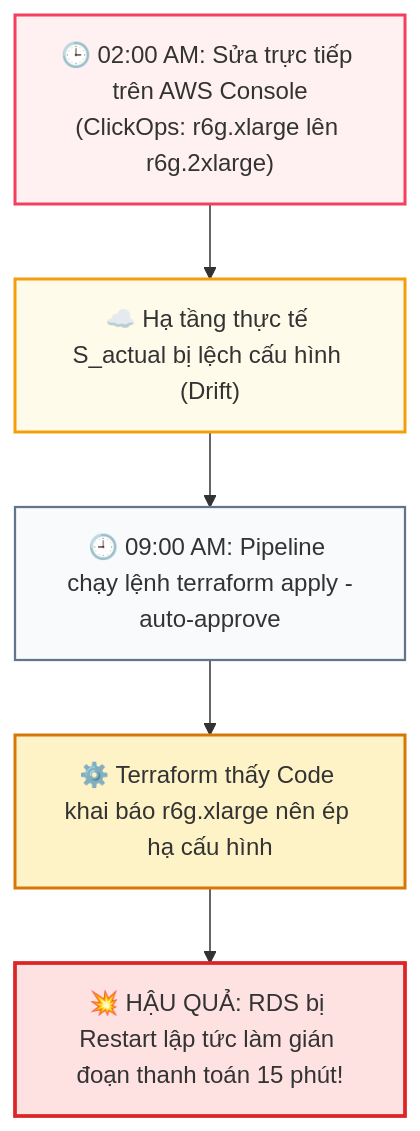
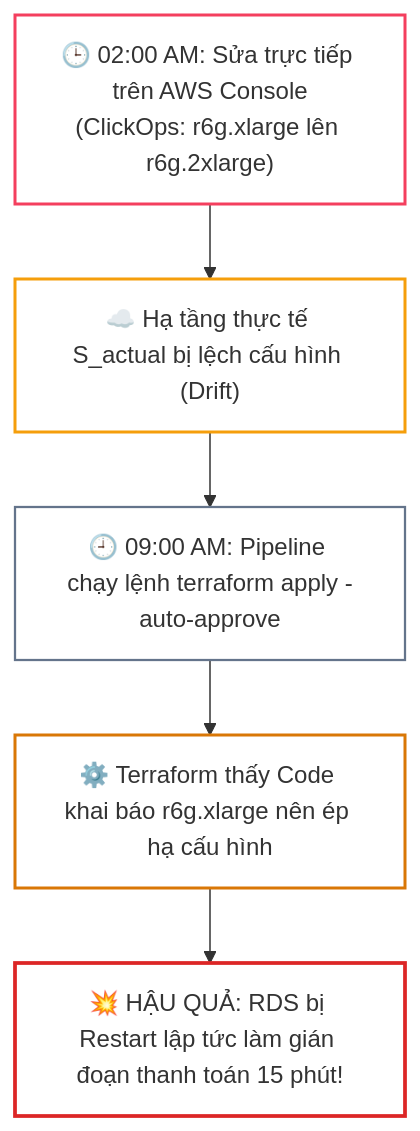
The third of 3 diagrams in _posts/2026-09-13-terraform-01-01-tu-duy-declarative-iac-so-sanh-thuc-chien-terraform-ansible-pulumi.md (kiennt308/ntk), drawn with Mermaid before and after one commit. The commit also changed other lines of this file and 1 other file, not shown here.

Commit message:
style(mermaid): remove node background colors and use clean transparent outline styling

````diff
--- a/_posts/2026-09-13-terraform-01-01-tu-duy-declarative-iac-so-sanh-thuc-chien-terraform-ansible-pulumi.md
+++ b/_posts/2026-09-13-terraform-01-01-tu-duy-declarative-iac-so-sanh-thuc-chien-terraform-ansible-pulumi.md
@@ -356,19 +361,19 @@
 ```mermaid
 flowchart TD
     A["🕒 02:00 AM: Sửa trực tiếp trên AWS Console<br/>(ClickOps: r6g.xlarge lên r6g.2xlarge)"]
     B["☁️ Hạ tầng thực tế S_actual bị lệch cấu hình (Drift)"]
     C["🕘 09:00 AM: Pipeline chạy lệnh terraform apply -auto-approve"]
     D["⚙️ Terraform thấy Code khai báo r6g.xlarge nên ép hạ cấu hình"]
     E["💥 HẬU QUẢ: RDS bị Restart lập tức làm gián đoạn thanh toán 15 phút!"]
 
     A --> B
     B --> C
     C --> D
     D --> E
 
-    style A fill:#fff1f2,stroke:#f43f5e,stroke-width:2px
-    style B fill:#fffbeb,stroke:#f59e0b,stroke-width:2px
-    style C fill:#f8fafc,stroke:#64748b,stroke-width:1.5px
-    style D fill:#fef3c7,stroke:#d97706,stroke-width:2px
-    style E fill:#fee2e2,stroke:#dc2626,stroke-width:2.5px
+    style A fill:none,stroke:#f43f5e,stroke-width:2px
+    style B fill:none,stroke:#f59e0b,stroke-width:2px
+    style C fill:none,stroke:#64748b,stroke-width:1.5px
+    style D fill:none,stroke:#d97706,stroke-width:2px
+    style E fill:none,stroke:#dc2626,stroke-width:2.5px
 ```
````
